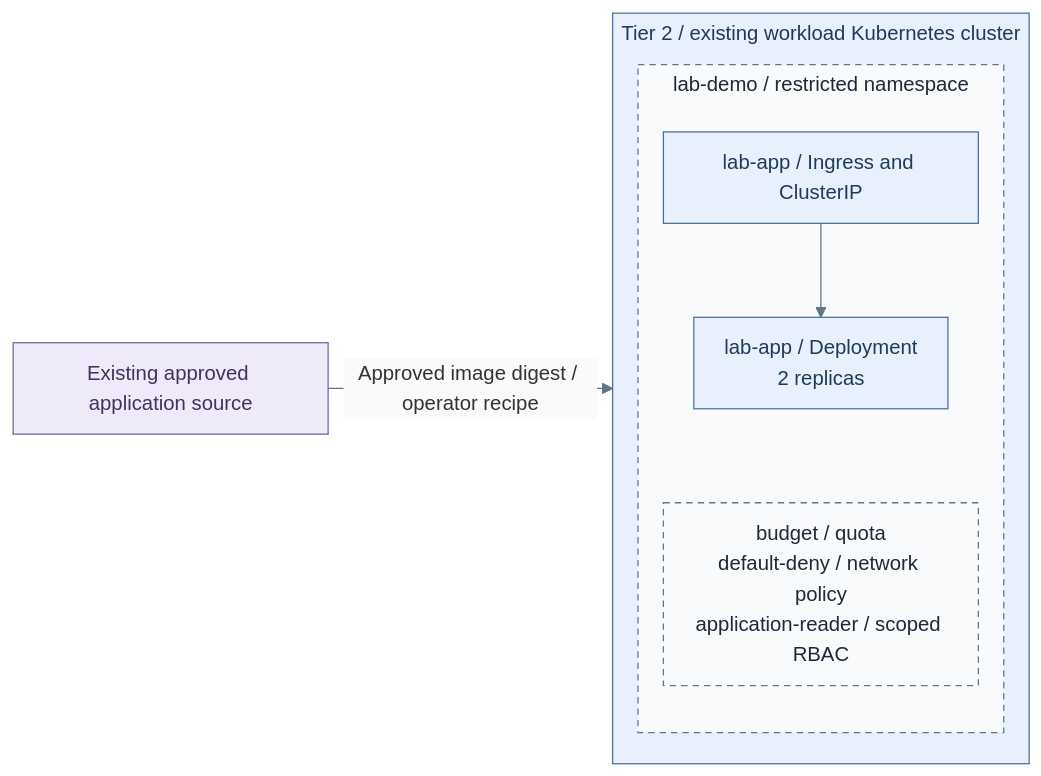
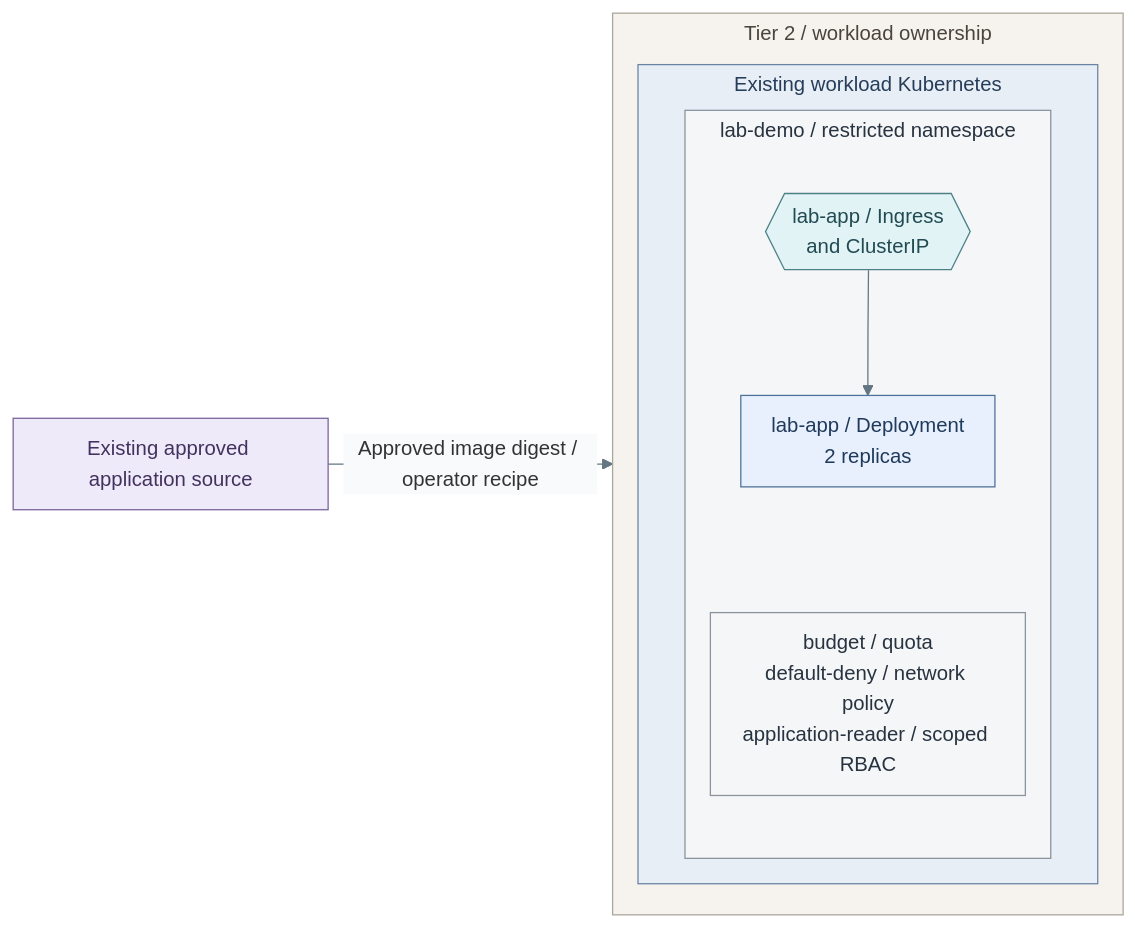
Before and after one commit to Rexus/homelab: the diagram in docs/03-deployment/stage-10-lab-environments/step-3a-application.md, drawn with Mermaid. The commit also changed 108 other files, not shown here.

Commit message:
docs(diagrams): unify visual language and opening views

````diff
--- a/docs/03-deployment/stage-10-lab-environments/step-3a-application.md
+++ b/docs/03-deployment/stage-10-lab-environments/step-3a-application.md
@@ -12,23 +12,31 @@
 ```mermaid
 %%{init: {"theme":"base","flowchart":{"nodeSpacing":20,"rankSpacing":24,"padding":12,"subGraphTitleMargin":{"top":4,"bottom":12}},"themeVariables":{"lineColor":"#627581","edgeLabelBackground":"#f8fafc"}}}%%
 flowchart LR
   Source["Existing approved application source"]
-  subgraph T2["Tier 2 / existing workload Kubernetes cluster"]
-    subgraph Project["lab-demo / restricted namespace"]
-      direction TB
-      Route["lab-app / Ingress and ClusterIP"]
-      Apps["lab-app / Deployment<br/>2 replicas"]
-      Policy["budget / quota<br/>default-deny / network policy<br/>application-reader / scoped RBAC"]
-      Route --> Apps
-      Apps ~~~ Policy
+  subgraph T2["Tier 2 / workload ownership"]
+    subgraph Cluster["Existing workload Kubernetes"]
+      subgraph Project["lab-demo / restricted namespace"]
+        direction TB
+        Route{{"lab-app / Ingress<br/>and ClusterIP"}}
+        Apps["lab-app / Deployment<br/>2 replicas"]
+        Policy["budget / quota<br/>default-deny / network policy<br/>application-reader / scoped RBAC"]
+        Route --> Apps
+        Apps ~~~ Policy
+      end
     end
   end
   Source -->|Approved image digest / operator recipe| T2
   classDef default fill:#f8fafc,stroke:#64748b,color:#1f2937
   classDef data fill:#eeeafa,stroke:#78639b,color:#42325d
   classDef services fill:#e7f0fc,stroke:#4d719b,color:#203a5b
-  classDef replicas fill:#f8fafc,stroke:#64748b,color:#1f2937,stroke-dasharray:5 4
+  classDef group fill:#f5f6f7,stroke:#89939e,color:#273340
+  classDef kubernetes fill:#e8eef6,stroke:#6b83a3,color:#263d59
   class Source data
-  class T2,Route,Apps services
-  class Project,Policy replicas
+  class Apps services
+  class Project,Policy group
+  class Cluster kubernetes
+  classDef traffic fill:#e1f3f5,stroke:#4c7f88,color:#214a52
+  class Route traffic
+  classDef tier2 fill:#f6f3ef,stroke:#aca59b,color:#4b443c
+  class T2 tier2
 ```
````
